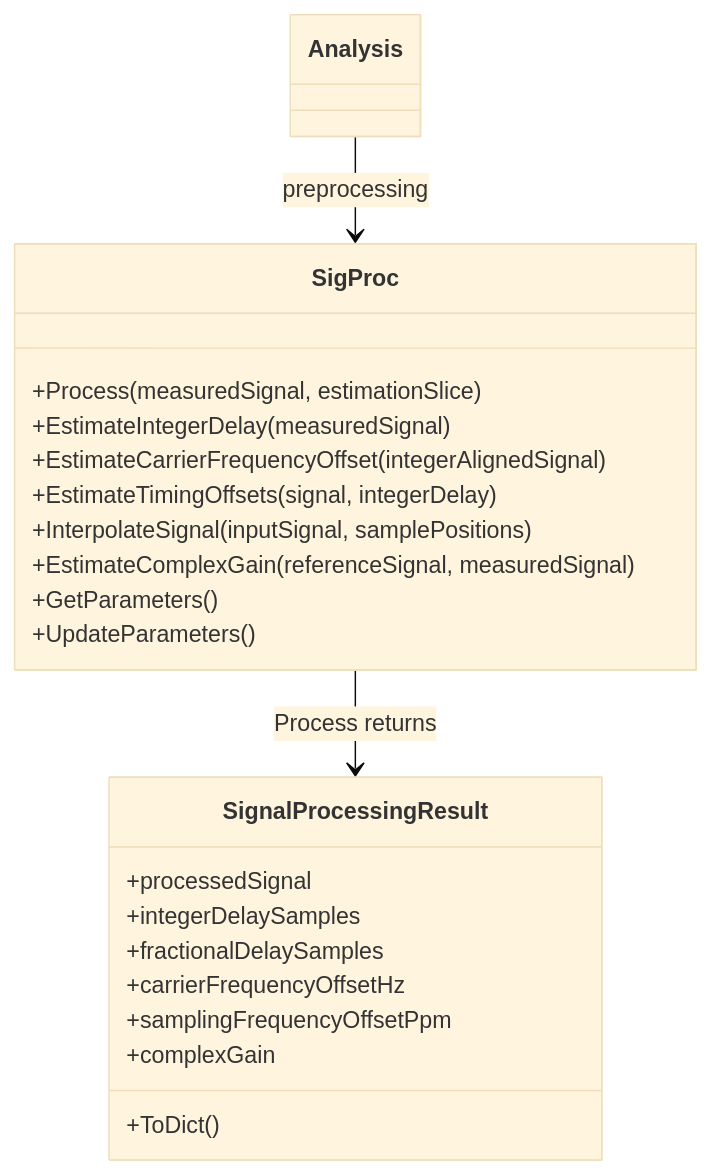
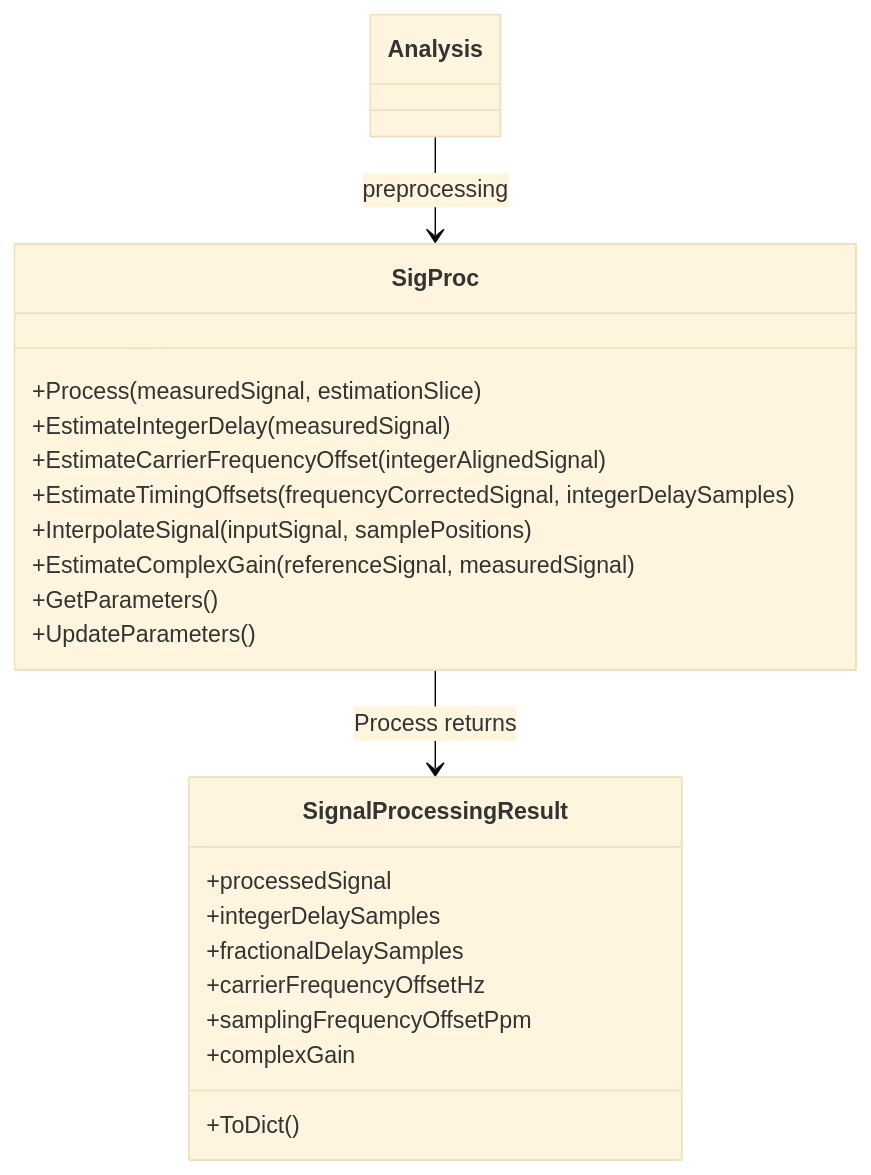
Before and after one commit to niyilu45/DPD_ILC: the second of 3 diagrams in doc/SigProc.md, drawn with Mermaid (base theme). The commit also changed other lines of this file and 7 other files, not shown here.

````diff
--- a/doc/SigProc.md
+++ b/doc/SigProc.md
@@ -264,24 +264,24 @@
 ```mermaid
 classDiagram
     class SigProc {
         +Process(measuredSignal, estimationSlice)
         +EstimateIntegerDelay(measuredSignal)
         +EstimateCarrierFrequencyOffset(integerAlignedSignal)
-        +EstimateTimingOffsets(signal, integerDelay)
+        +EstimateTimingOffsets(frequencyCorrectedSignal, integerDelaySamples)
         +InterpolateSignal(inputSignal, samplePositions)
         +EstimateComplexGain(referenceSignal, measuredSignal)
         +GetParameters()
         +UpdateParameters()
     }
     class SignalProcessingResult {
         +processedSignal
         +integerDelaySamples
         +fractionalDelaySamples
         +carrierFrequencyOffsetHz
         +samplingFrequencyOffsetPpm
         +complexGain
         +ToDict()
     }
     SigProc --> SignalProcessingResult : Process returns
     Analysis --> SigProc : preprocessing
 ```
````
